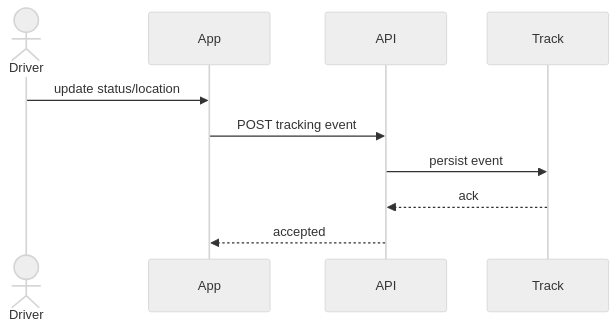
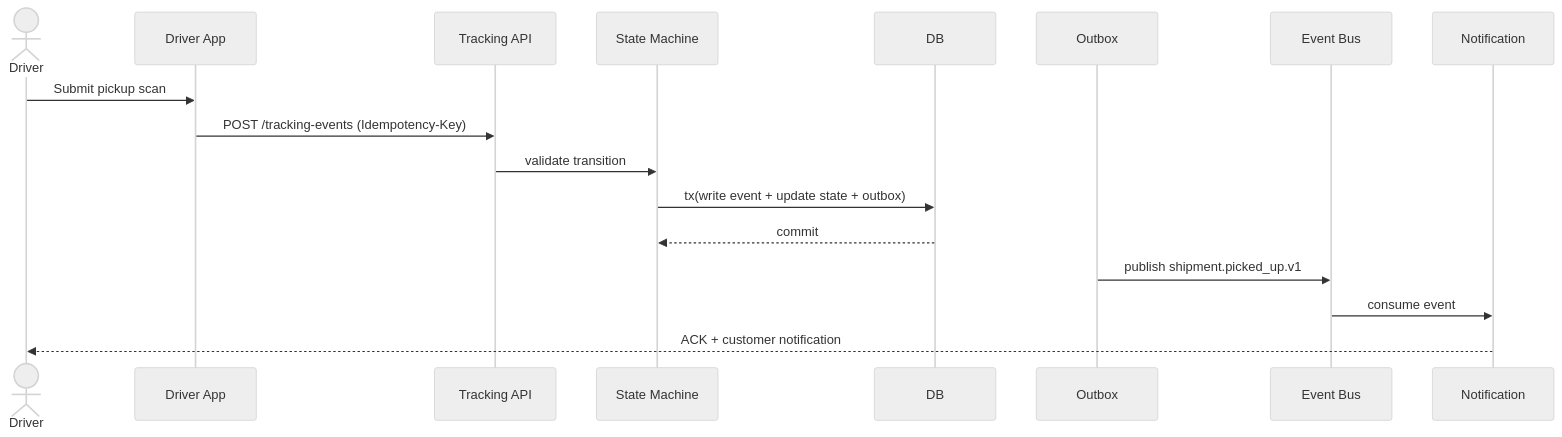
Before and after one commit to 0Ankit0/Project-Ideas: the diagram in Logistics Tracking System/detailed-design/sequence-diagram.md, drawn with Mermaid (neutral theme). The commit also changed other lines of this file and 36 other files, not shown here.

Commit message:
Deepen logistics docs with implementation-ready diagrams and operations guidance

````diff
--- a/Logistics Tracking System/detailed-design/sequence-diagram.md
+++ b/Logistics Tracking System/detailed-design/sequence-diagram.md
@@ -3,12 +3,19 @@
 ```mermaid
 sequenceDiagram
   actor Driver
-  participant App
-  participant API
-  participant Track
-  Driver->>App: update status/location
-  App->>API: POST tracking event
-  API->>Track: persist event
-  Track-->>API: ack
-  API-->>App: accepted
+  participant App as Driver App
+  participant API as Tracking API
+  participant SM as State Machine
+  participant DB as DB
+  participant Outbox as Outbox
+  participant Bus as Event Bus
+  participant Notif as Notification
+  Driver->>App: Submit pickup scan
+  App->>API: POST /tracking-events (Idempotency-Key)
+  API->>SM: validate transition
+  SM->>DB: tx(write event + update state + outbox)
+  DB-->>SM: commit
+  Outbox->>Bus: publish shipment.picked_up.v1
+  Bus->>Notif: consume event
+  Notif-->>Driver: ACK + customer notification
 ```
````
